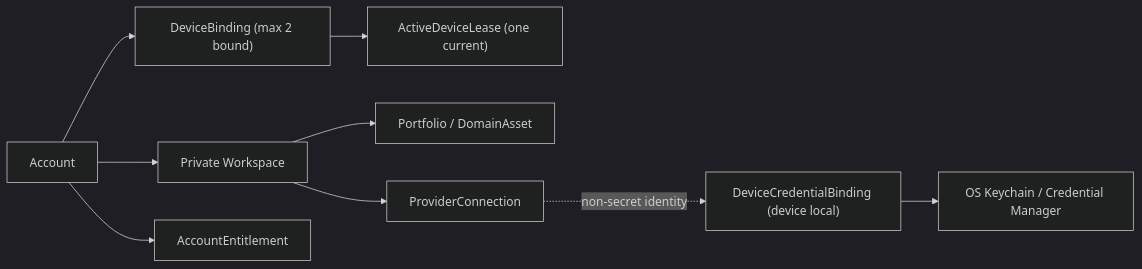
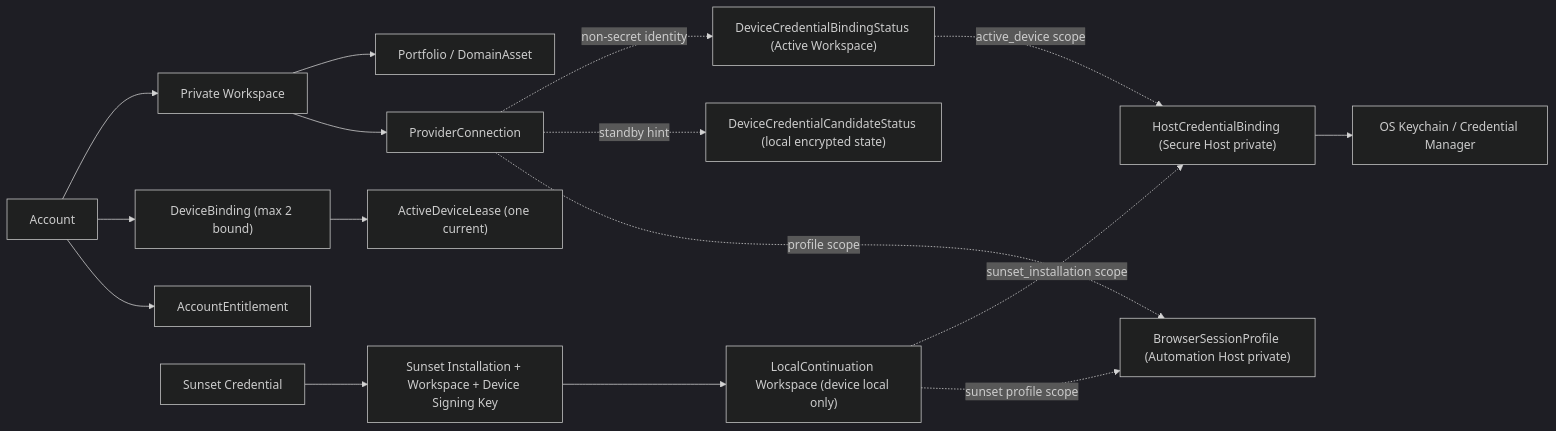
Before and after one commit to newcodebook/GoodDealer: the first of 3 diagrams in docs/DATA_MODEL_MAP.md, drawn with Mermaid (dark theme). The commit also changed other lines of this file and 318 other files, not shown here.

````diff
--- a/docs/DATA_MODEL_MAP.md
+++ b/docs/DATA_MODEL_MAP.md
@@ -12,11 +12,18 @@
 ```mermaid
 flowchart LR
     Account["Account"] --> Workspace["Private Workspace"]
     Account --> DeviceBinding["DeviceBinding (max 2 bound)"]
     Account --> Entitlement["AccountEntitlement"]
+    SunsetCredential["Sunset Credential"] --> SunsetInstallation["Sunset Installation + Workspace + Device Signing Key"]
+    SunsetInstallation --> LocalContinuation["LocalContinuation Workspace (device local only)"]
     DeviceBinding --> ActiveLease["ActiveDeviceLease (one current)"]
     Workspace --> Portfolio["Portfolio / DomainAsset"]
     Workspace --> ProviderConnection["ProviderConnection"]
-    ProviderConnection -. "non-secret identity" .-> DeviceCredentialBinding["DeviceCredentialBinding (device local)"]
-    DeviceCredentialBinding --> Keychain["OS Keychain / Credential Manager"]
+    ProviderConnection -. "non-secret identity" .-> BindingStatus["DeviceCredentialBindingStatus (Active Workspace)"]
+    ProviderConnection -. "standby hint" .-> CandidateStatus["DeviceCredentialCandidateStatus (local encrypted state)"]
+    BindingStatus -. "active_device scope" .-> HostBinding["HostCredentialBinding (Secure Host private)"]
+    LocalContinuation -. "sunset_installation scope" .-> HostBinding
+    HostBinding --> Keychain["OS Keychain / Credential Manager"]
+    ProviderConnection -. "profile scope" .-> BrowserProfile["BrowserSessionProfile (Automation Host private)"]
+    LocalContinuation -. "sunset profile scope" .-> BrowserProfile
 ```
````
